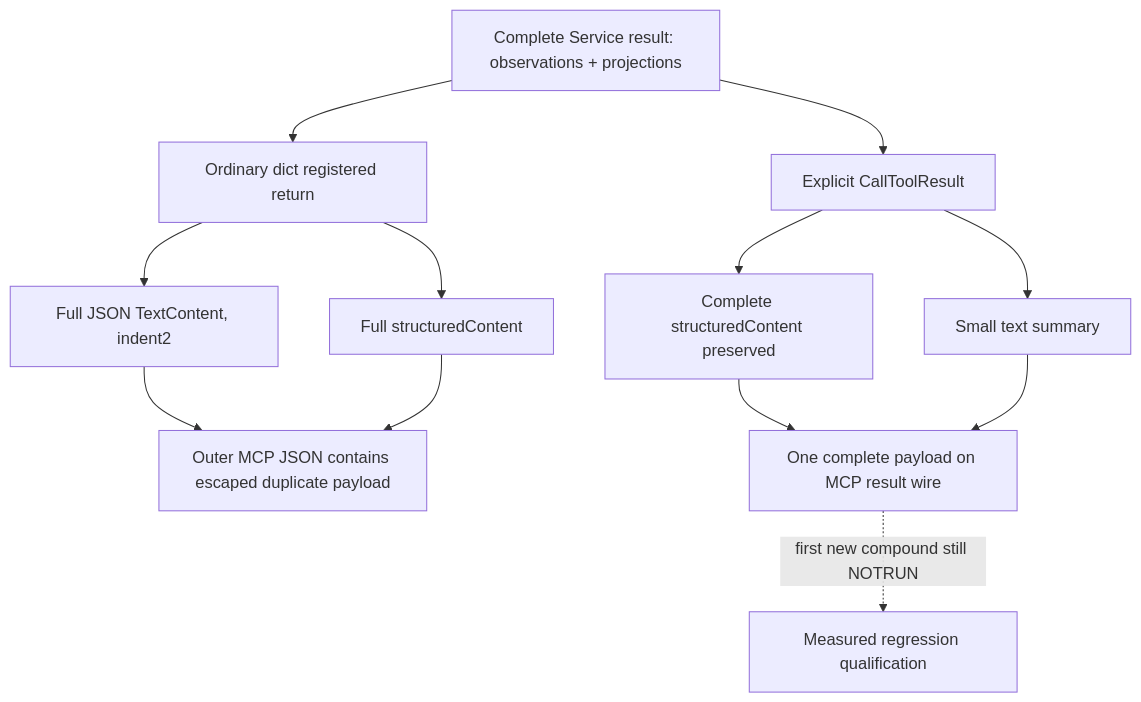
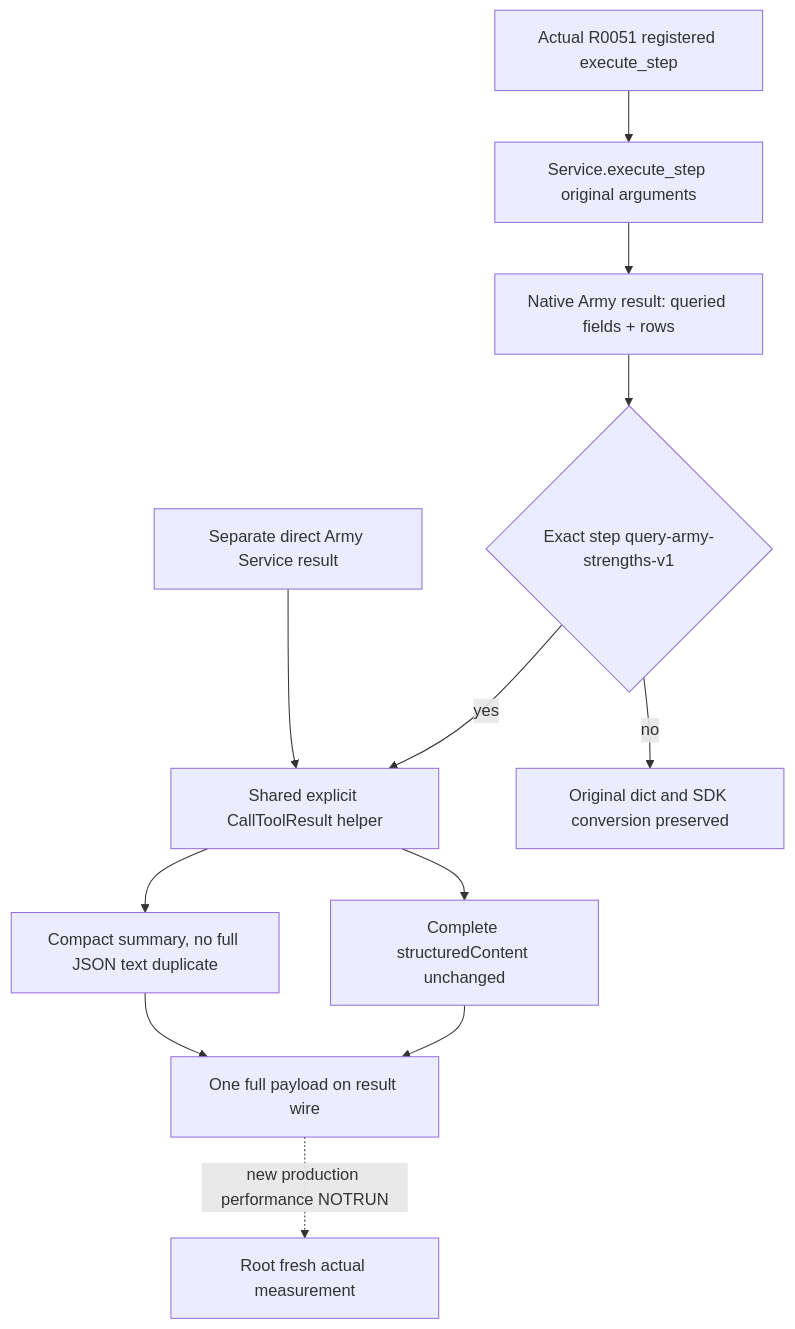
The diagram in docs/ck3-native-ai/army-strengths-mcp-result-serialization-performance-12003.md (XenoAmess/ck3_eternal_recurrence), drawn with Mermaid before and after one commit. The commit also changed other lines of this file and 4 other files, not shown here.

Commit message:
Compact Army results from registered execute-step calls

````diff
--- a/docs/ck3-native-ai/army-strengths-mcp-result-serialization-performance-12003.md
+++ b/docs/ck3-native-ai/army-strengths-mcp-result-serialization-performance-12003.md
@@ -21,14 +23,14 @@
 ```mermaid
 flowchart TD
-  S["Complete Service result: observations + projections"] --> OLD["Ordinary dict registered return"]
-  OLD --> T["Full JSON TextContent, indent2"]
-  OLD --> C["Full structuredContent"]
-  T --> W["Outer MCP JSON contains escaped duplicate payload"]
-  C --> W
-  S --> NEW["Explicit CallToolResult"]
-  NEW --> SC["Complete structuredContent preserved"]
-  NEW --> ST["Small text summary"]
-  SC --> NW["One complete payload on MCP result wire"]
-  ST --> NW
-  NW -. "first new compound still NOTRUN" .-> Q["Measured regression qualification"]
+  A["Actual R0051 registered execute_step"] --> S["Service.execute_step original arguments"]
+  S --> N["Native Army result: queried fields + rows"]
+  N --> B{"Exact step query-army-strengths-v1"}
+  B -- yes --> H["Shared explicit CallToolResult helper"]
+  B -- no --> O["Original dict and SDK conversion preserved"]
+  D["Separate direct Army Service result"] --> H
+  H --> C["Complete structuredContent unchanged"]
+  H --> T["Compact summary, no full JSON text duplicate"]
+  C --> W["One full payload on result wire"]
+  T --> W
+  W -. "new production performance NOTRUN" .-> P["Root fresh actual measurement"]
 ```
````
